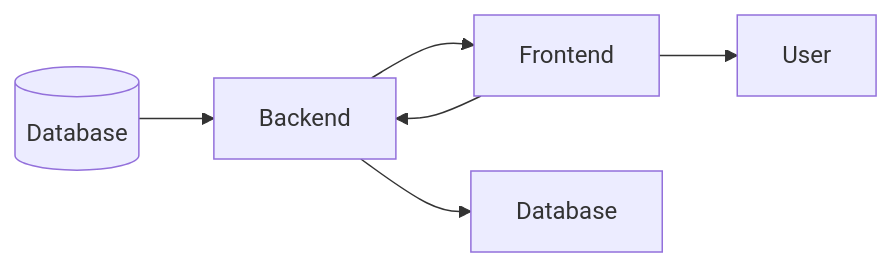
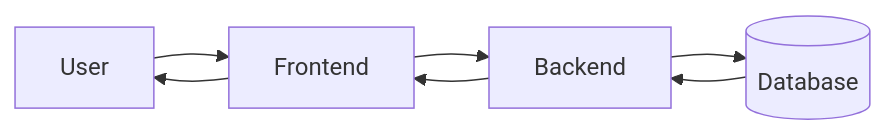
The first of 2 diagrams in README.md (software-development-project-1/project-template), drawn with Mermaid before and after one commit.

````diff
--- a/README.md
+++ b/README.md
@@ -58,8 +58,9 @@
   ```mermaid
 graph LR;
-    id1[(Database)] --> Backend;
+    User --> Frontend;
+    Frontend --> Backend;
+    Backend --> id1[(Database)];
+    id1 --> Backend;
     Backend --> Frontend;
     Frontend --> User;
-    Backend --> Database;
-    Frontend --> Backend;
 ```
````
